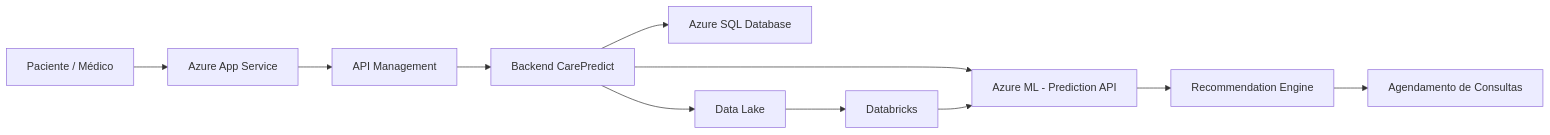
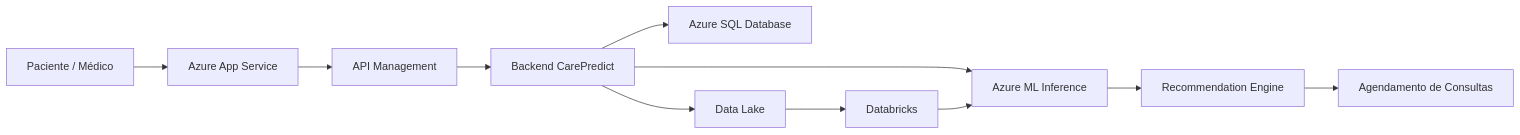
Before and after one commit to ccps1-care-predict/care-plus-ccps1: the second of 2 diagrams in ARQUITERUA CLOUD.md, drawn with Mermaid. The commit also changed other lines of this file, not shown here.

````diff
--- a/ARQUITERUA CLOUD.md
+++ b/ARQUITERUA CLOUD.md
@@ -273,23 +414,25 @@
 ```mermaid
 flowchart LR
 
-A[Paciente / Médico] --> B[Azure App Service]
+A[Paciente / Médico]
+
+A --> B[Azure App Service]
 
 B --> C[API Management]
 
 C --> D[Backend CarePredict]
 
 D --> E[Azure SQL Database]
 
-D --> F[Azure ML - Prediction API]
+D --> F[Azure ML Inference]
 
 F --> G[Recommendation Engine]
 
 G --> H[Agendamento de Consultas]
 
 D --> I[Data Lake]
 
 I --> J[Databricks]
 
 J --> F
 ```
````
